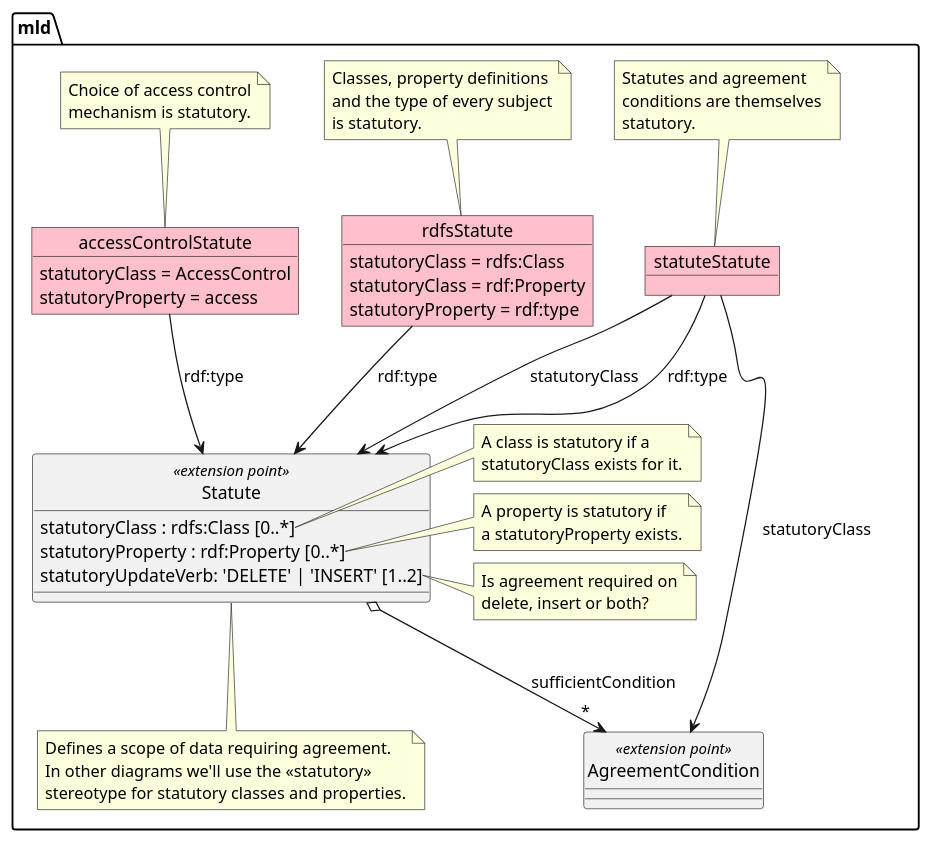
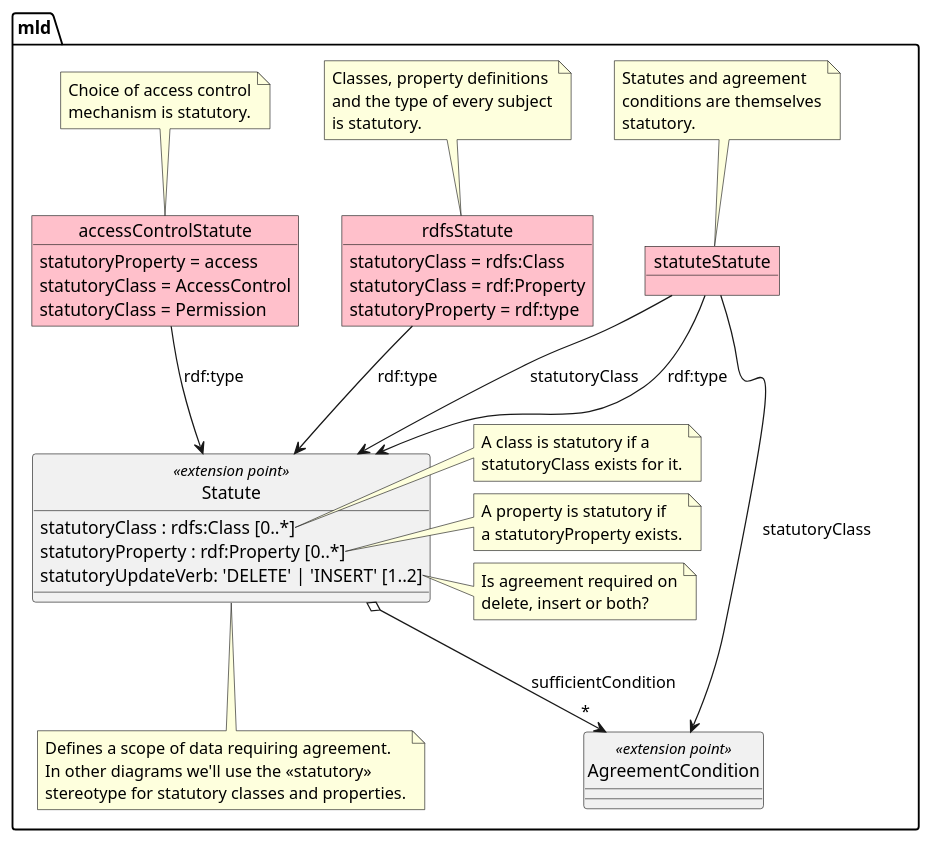
One commit to m-ld/m-ld-security-spec changed the diagram in design/statute.class.puml. Above: the diagram before and after it, drawn with PlantUML. The commit also changed 9 other files, not shown here.

```diff
--- a/design/statute.class.puml
+++ b/design/statute.class.puml
@@ -1,72 +1,73 @@
 @startuml
 'https://plantuml.com/object-diagram
 
 hide circle
 
 skinparam object {
   BackgroundColor Pink
 }
 
 package mld {
 
 class Statute <<extension point>> {
   statutoryClass : rdfs:Class [0..*]
   statutoryProperty : rdf:Property [0..*]
   statutoryUpdateVerb: 'DELETE' | 'INSERT' [1..2]
 }
 note bottom
 Defines a scope of data requiring agreement.
 In other diagrams we'll use the <<statutory>>
 stereotype for statutory classes and properties.
 end note
 note right of Statute::statutoryClass
 A class is statutory if a
 statutoryClass exists for it.
 end note
 note right of Statute::statutoryProperty
 A property is statutory if
 a statutoryProperty exists.
 end note
 note right of Statute::statutoryUpdateVerb
 Is agreement required on
 delete, insert or both?
 end note
 
 class AgreementCondition <<extension point>>
 
 Statute o--> "*" AgreementCondition : sufficientCondition
 
 object statuteStatute
 note top
 Statutes and agreement
 conditions are themselves
 statutory.
 end note
 statuteStatute --> Statute : statutoryClass
 statuteStatute --> Statute : rdf:type
 statuteStatute --> AgreementCondition : statutoryClass
 
 object rdfsStatute {
   statutoryClass = rdfs:Class
   statutoryClass = rdf:Property
   statutoryProperty = rdf:type
 }
 note top
   Classes, property definitions
   and the type of every subject
   is statutory.
 end note
 rdfsStatute --> Statute : rdf:type
 
 object accessControlStatute {
+  statutoryProperty = access
   statutoryClass = AccessControl
-  statutoryProperty = access
+  statutoryClass = Permission
 }
 note top
   Choice of access control
   mechanism is statutory.
 end note
 accessControlStatute --> Statute : rdf:type
 
 }
 @enduml
```
